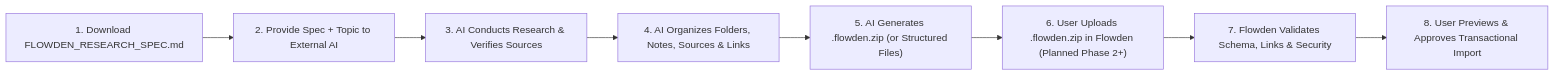
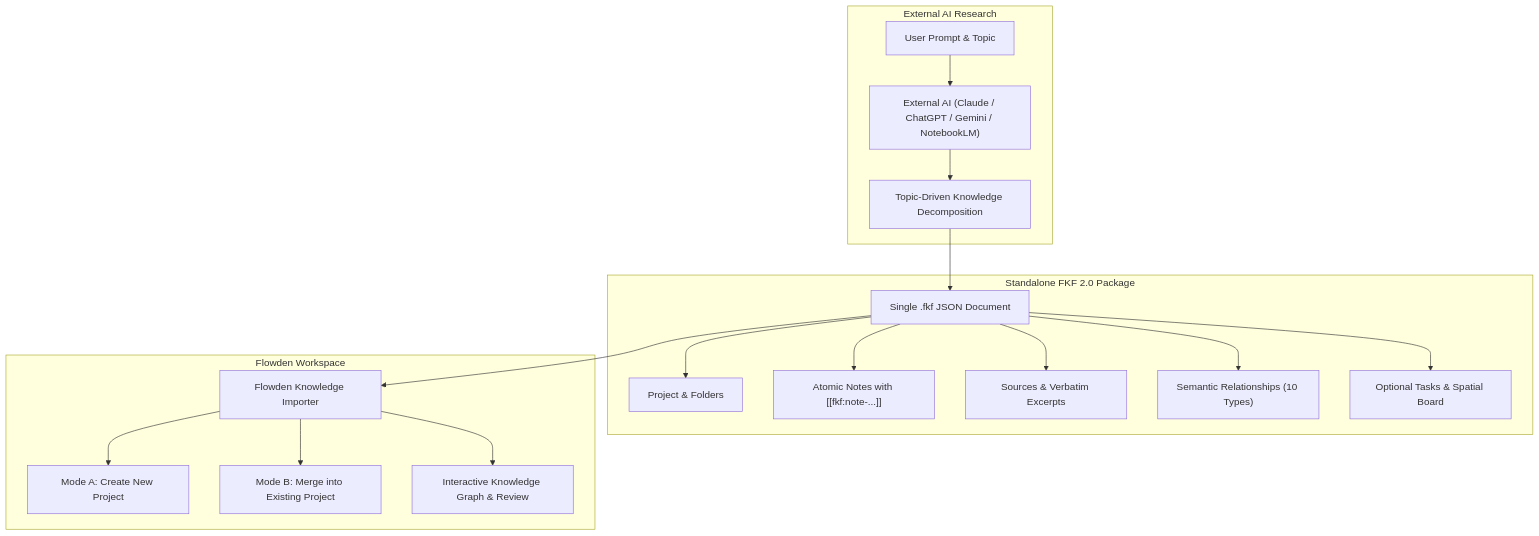
One commit to DYoures/flowden changed the diagram in docs/knowledge-exchange/FLOWDEN_RESEARCH_SPEC.md. Above: the diagram before and after it, drawn with Mermaid. The commit also changed other lines of this file and 8 other files, not shown here.

First line of the commit message:
feat(exchange): reconcile FKF 2.0 schema, research spec, and importer contract

````diff
--- a/docs/knowledge-exchange/FLOWDEN_RESEARCH_SPEC.md
+++ b/docs/knowledge-exchange/FLOWDEN_RESEARCH_SPEC.md
@@ -49,10 +24,21 @@
 ```mermaid
-flowchart LR
-  A["1. Download FLOWDEN_RESEARCH_SPEC.md"] --> B["2. Provide Spec + Topic to External AI"]
-  B --> C["3. AI Conducts Research & Verifies Sources"]
-  C --> D["4. AI Organizes Folders, Notes, Sources & Links"]
-  D --> E["5. AI Generates .flowden.zip (or Structured Files)"]
-  E --> F["6. User Uploads .flowden.zip in Flowden (Planned Phase 2+)"]
-  F --> G["7. Flowden Validates Schema, Links & Security"]
-  G --> H["8. User Previews & Approves Transactional Import"]
+flowchart TD
+  subgraph External AI Research
+    A["User Prompt & Topic"] --> B["External AI (Claude / ChatGPT / Gemini / NotebookLM)"]
+    B --> C["Topic-Driven Knowledge Decomposition"]
+  end
+  subgraph Standalone FKF 2.0 Package
+    C --> D["Single .fkf JSON Document"]
+    D --> E["Project & Folders"]
+    D --> F["Atomic Notes with [[fkf:note-...]]"]
+    D --> G["Sources & Verbatim Excerpts"]
+    D --> H["Semantic Relationships (10 Types)"]
+    D --> I["Optional Tasks & Spatial Board"]
+  end
+  subgraph Flowden Workspace
+    D --> J["Flowden Knowledge Importer"]
+    J --> K["Mode A: Create New Project"]
+    J --> L["Mode B: Merge into Existing Project"]
+    J --> M["Interactive Knowledge Graph & Review"]
+  end
 ```
````
